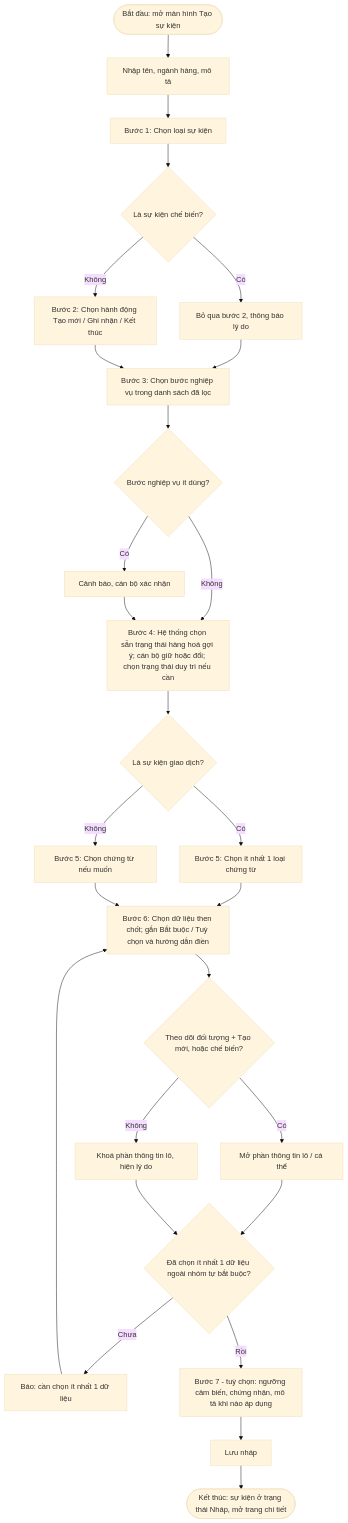
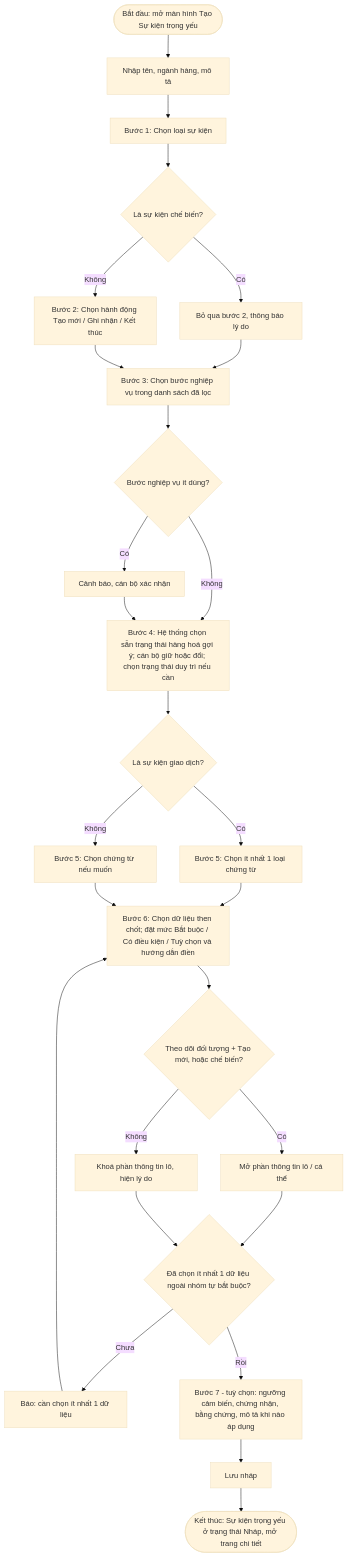
One commit to cuongnh-rd/ndatrace-attp changed the third of 17 diagrams in docs/prd/PRD-Xay-dung-Su-kien-trong-yeu.md. Above: the diagram before and after it, drawn with Mermaid (base theme). The commit also changed other lines of this file and 18 other files, not shown here.

First line of the commit message:
docs: PRD Xây dựng Sự kiện trọng yếu v6 - đối chiếu Quyển 2/3, bổ sung phê duyệt, quy tắc viết đầy đủ

````diff
--- a/docs/prd/PRD-Xay-dung-Su-kien-trong-yeu.md
+++ b/docs/prd/PRD-Xay-dung-Su-kien-trong-yeu.md
@@ -238,28 +576,28 @@
 ```mermaid
 flowchart TD
-    A([Bắt đầu: mở màn hình Tạo sự kiện]) --> B[Nhập tên, ngành hàng, mô tả]
+    A([Bắt đầu: mở màn hình Tạo Sự kiện trọng yếu]) --> B[Nhập tên, ngành hàng, mô tả]
     B --> L1[Bước 1: Chọn loại sự kiện]
     L1 --> D1{Là sự kiện chế biến?}
     D1 -- Có --> SK[Bỏ qua bước 2, thông báo lý do]
     D1 -- Không --> L2[Bước 2: Chọn hành động Tạo mới / Ghi nhận / Kết thúc]
     SK --> L3
     L2 --> L3[Bước 3: Chọn bước nghiệp vụ trong danh sách đã lọc]
     L3 --> D3{Bước nghiệp vụ ít dùng?}
     D3 -- Có --> W3[Cảnh báo, cán bộ xác nhận]
     D3 -- Không --> L4
     W3 --> L4[Bước 4: Hệ thống chọn sẵn trạng thái hàng hoá gợi ý; cán bộ giữ hoặc đổi; chọn trạng thái duy trì nếu cần]
     L4 --> D5{Là sự kiện giao dịch?}
     D5 -- Có --> L5R[Bước 5: Chọn ít nhất 1 loại chứng từ]
     D5 -- Không --> L5O[Bước 5: Chọn chứng từ nếu muốn]
     L5R --> L6
-    L5O --> L6[Bước 6: Chọn dữ liệu then chốt; gắn Bắt buộc / Tuỳ chọn và hướng dẫn điền]
+    L5O --> L6[Bước 6: Chọn dữ liệu then chốt; đặt mức Bắt buộc / Có điều kiện / Tuỳ chọn và hướng dẫn điền]
     L6 --> D6{Theo dõi đối tượng + Tạo mới, hoặc chế biến?}
     D6 -- Có --> IL[Mở phần thông tin lô / cá thể]
     D6 -- Không --> NIL[Khoá phần thông tin lô, hiện lý do]
     IL --> D7
     NIL --> D7{Đã chọn ít nhất 1 dữ liệu ngoài nhóm tự bắt buộc?}
     D7 -- Chưa --> E7[Báo: cần chọn ít nhất 1 dữ liệu] --> L6
-    D7 -- Rồi --> L7[Bước 7 - tuỳ chọn: ngưỡng cảm biến, chứng nhận, mô tả khi nào áp dụng]
+    D7 -- Rồi --> L7[Bước 7 - tuỳ chọn: ngưỡng cảm biến, chứng nhận, bằng chứng, mô tả khi nào áp dụng]
     L7 --> S[Lưu nháp]
-    S --> Z([Kết thúc: sự kiện ở trạng thái Nháp, mở trang chi tiết])
+    S --> Z([Kết thúc: Sự kiện trọng yếu ở trạng thái Nháp, mở trang chi tiết])
 ```
````
